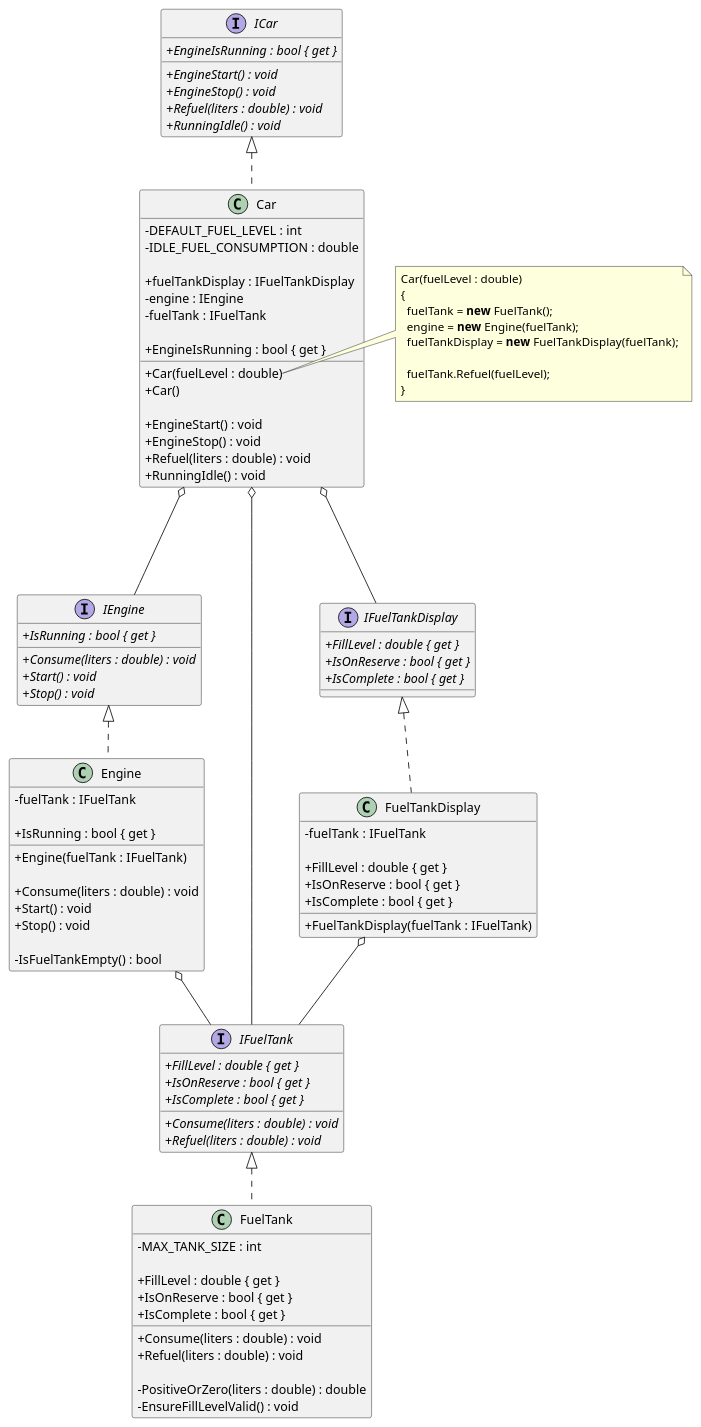
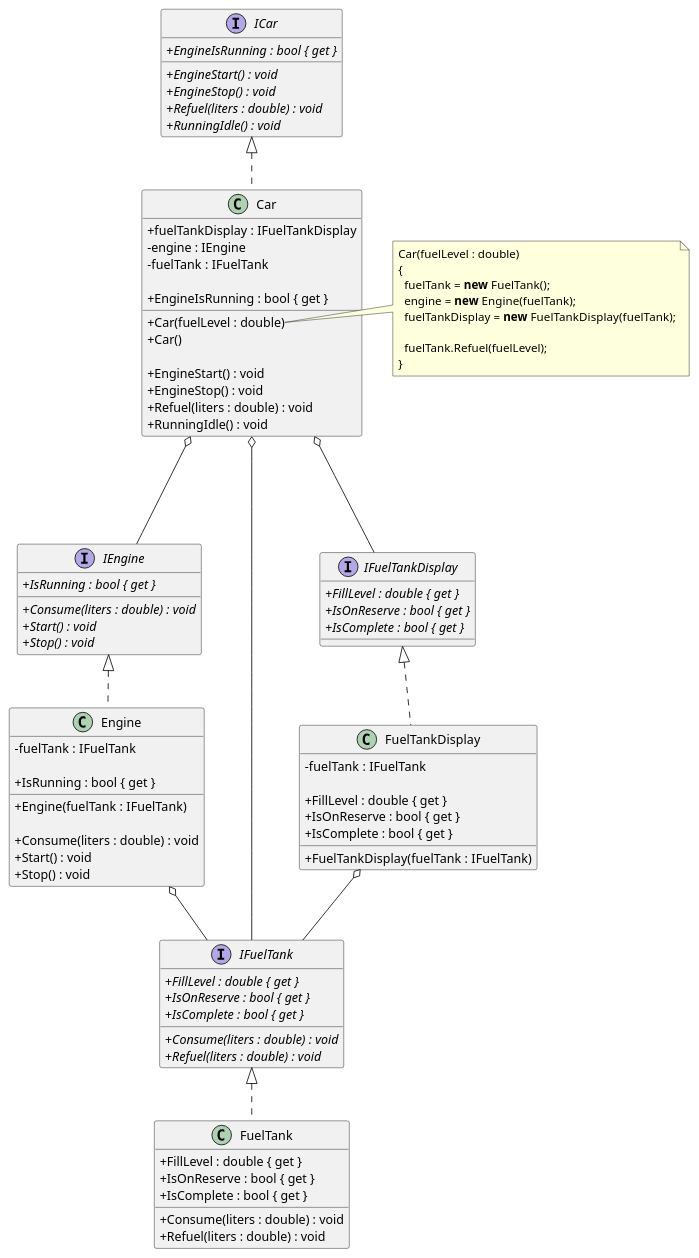
The diagram in puml/EngineAndFuelTank.puml (iamfranco/EngineAndFuelTankKata), drawn with PlantUML before and after one commit. The commit also changed 1 other file, not shown here.

```diff
--- a/puml/EngineAndFuelTank.puml
+++ b/puml/EngineAndFuelTank.puml
@@ -1,123 +1,113 @@
 @startuml "Engine And Fuel Tank"
 skinparam classAttributeIconSize 0
 
 interface ICar
 {
   + //EngineIsRunning : bool { get }//
   + //EngineStart() : void//
   + //EngineStop() : void//
   + //Refuel(liters : double) : void//
   + //RunningIdle() : void//
 }
 
 interface IEngine
 {
   + //IsRunning : bool { get }//
   + //Consume(liters : double) : void//
   + //Start() : void//
   + //Stop() : void//
 }
 
 interface IFuelTank
 {
   + //FillLevel : double { get }//
   + //IsOnReserve : bool { get }//
   + //IsComplete : bool { get }//
   + //Consume(liters : double) : void//
   + //Refuel(liters : double) : void//
 }
 
 interface IFuelTankDisplay
 {
   + //FillLevel : double { get }//
   + //IsOnReserve : bool { get }//
   + //IsComplete : bool { get }//
 }
 
 class Car
 {
-  - DEFAULT_FUEL_LEVEL : int
-  - IDLE_FUEL_CONSUMPTION : double
-
   + fuelTankDisplay : IFuelTankDisplay
   - engine : IEngine
   - fuelTank : IFuelTank
 
   + EngineIsRunning : bool { get }
 
   + Car(fuelLevel : double)
   + Car()
 
   + EngineStart() : void
   + EngineStop() : void
   + Refuel(liters : double) : void
   + RunningIdle() : void
 }
 
 class Engine
 {
   - fuelTank : IFuelTank
 
   + IsRunning : bool { get }
 
   + Engine(fuelTank : IFuelTank)
 
   + Consume(liters : double) : void
   + Start() : void
   + Stop() : void
-
-  - IsFuelTankEmpty() : bool
 }
 
 class FuelTank
 {
-  - MAX_TANK_SIZE : int
-
   + FillLevel : double { get }
   + IsOnReserve : bool { get }
   + IsComplete : bool { get }
 
   + Consume(liters : double) : void
   + Refuel(liters : double) : void
-
-  - PositiveOrZero(liters : double) : double
-  - EnsureFillLevelValid() : void
 }
 
 class FuelTankDisplay
 {
   - fuelTank : IFuelTank
 
   + FillLevel : double { get }
   + IsOnReserve : bool { get }
   + IsComplete : bool { get }
 
   + FuelTankDisplay(fuelTank : IFuelTank)
 } 
 
 ICar <|.. Car
 Car o--- IFuelTankDisplay
 Car o--- IEngine
 Car o--- IFuelTank
 
 IEngine <|.. Engine
 Engine o-- IFuelTank
 
 IFuelTank <|.. FuelTank
 
 IFuelTankDisplay <|.. FuelTankDisplay
 FuelTankDisplay o-- IFuelTank
 
 note right of Car::Car
 Car(fuelLevel : double)
 {
   fuelTank = **new** FuelTank();
   engine = **new** Engine(fuelTank);
   fuelTankDisplay = **new** FuelTankDisplay(fuelTank);
 
   fuelTank.Refuel(fuelLevel);
 }
 end note
 
 
 @enduml
```
